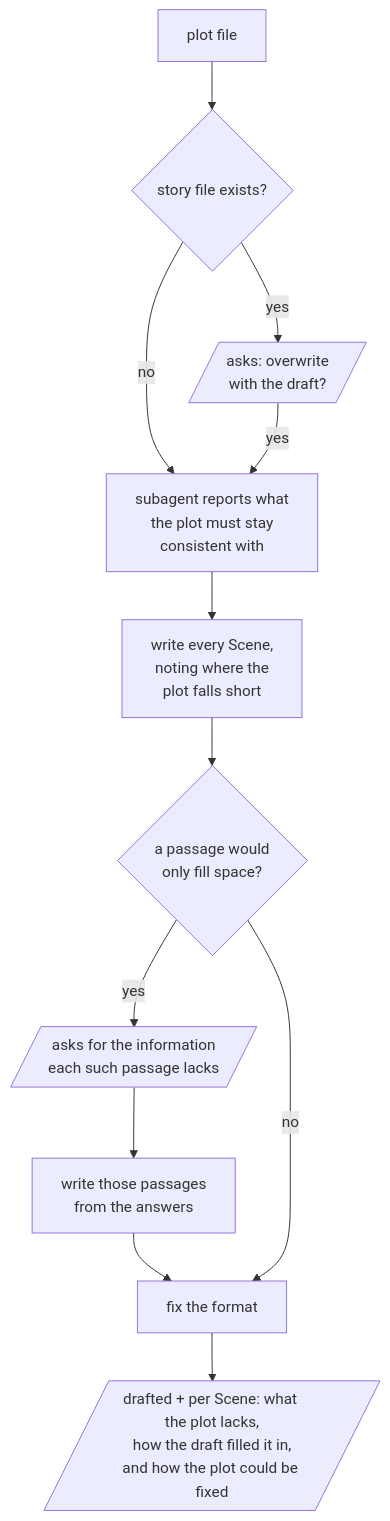
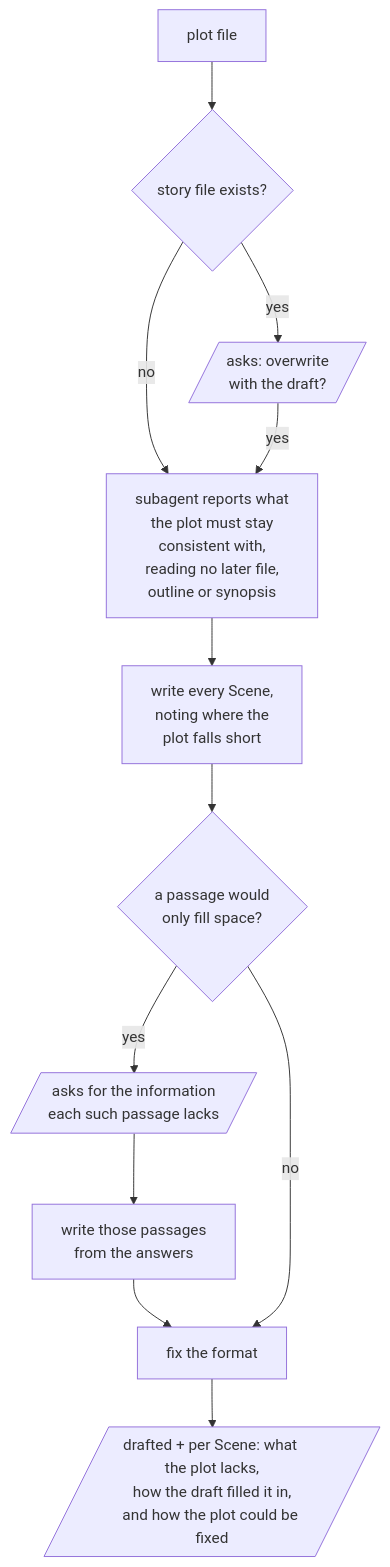
Before and after one commit to omni-stove/skill-kit: the diagram in domains/story/skills/draft/README.md, drawn with Mermaid. The commit also changed 24 other files, not shown here.

````diff
--- a/domains/story/skills/draft/README.md
+++ b/domains/story/skills/draft/README.md
@@ -8,14 +8,14 @@
 ```mermaid
 flowchart TD
   input[plot file] --> exists{story file exists?}
   exists -- "yes" --> ask[/asks: overwrite<br/>with the draft?/]
   exists -- "no" --> agent
-  ask -- "yes" --> agent[subagent reports what<br/>the plot must stay<br/>consistent with]
+  ask -- "yes" --> agent[subagent reports what<br/>the plot must stay<br/>consistent with,<br/>reading no later file,<br/>outline or synopsis]
   agent --> write[write every Scene,<br/>noting where the<br/>plot falls short]
   write --> gap{a passage would<br/>only fill space?}
   gap -- "yes" --> need[/asks for the information<br/>each such passage lacks/]
   need --> fill[write those passages<br/>from the answers]
   fill --> format
   gap -- "no" --> format[fix the format]
   format --> done[/"drafted + per Scene: what the plot lacks,<br/>how the draft filled it in,<br/>and how the plot could be fixed"/]
 ```
````
